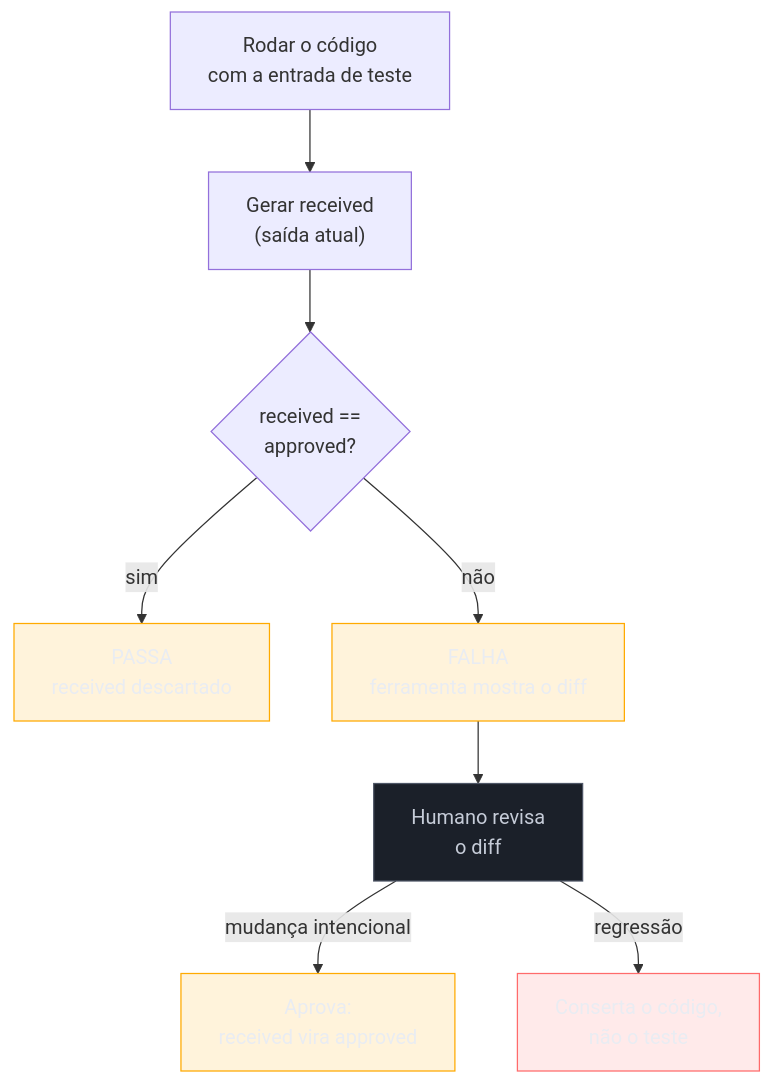
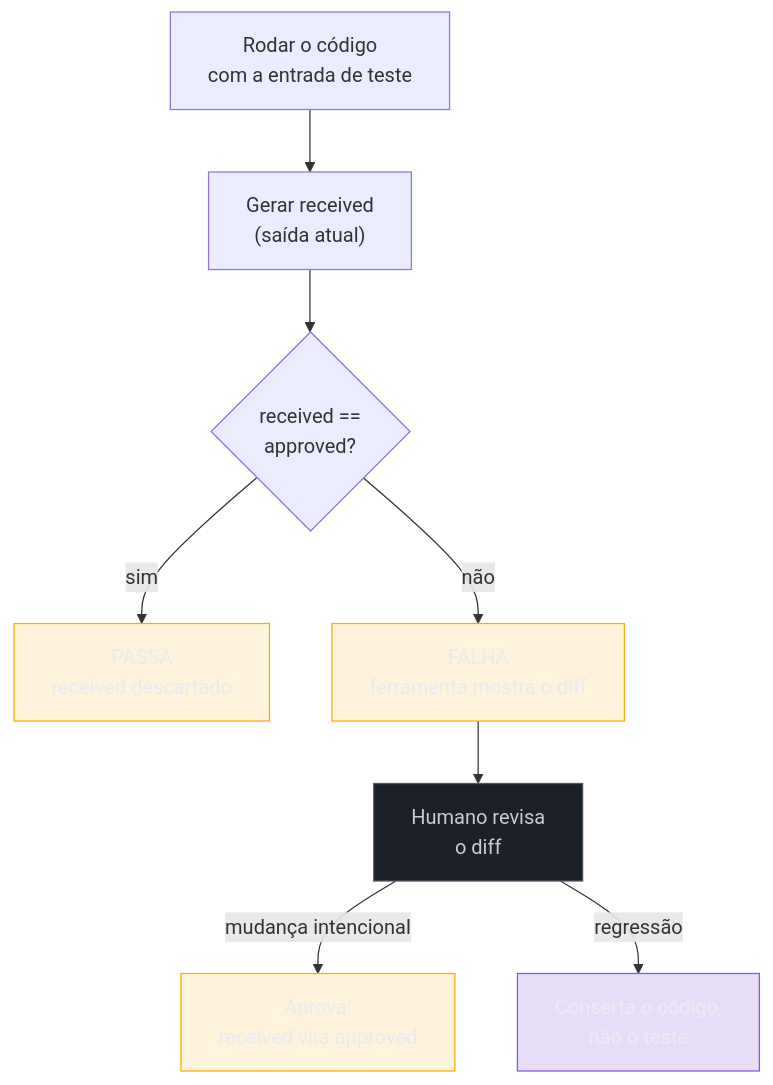
Before and after one commit to josenaldo/codex-technomanticus: the diagram in 03-Dominios/Engenharia/Arqueologia e Restauração de Software/11 - Approval e Golden Master testing.md, drawn with Mermaid. The commit also changed 601 other files, not shown here.

````diff
--- a/03-Dominios/Engenharia/Arqueologia e Restauração de Software/11 - Approval e Golden Master testing.md
+++ b/03-Dominios/Engenharia/Arqueologia e Restauração de Software/11 - Approval e Golden Master testing.md
@@ -51,18 +51,18 @@
 ```mermaid
 flowchart TD
+    classDef marca fill:#8855DF33,stroke:#8855DF,color:#E9ECF2
     classDef destaque fill:#FFAA0024,stroke:#FFAA00,color:#E9ECF2
-    classDef falha fill:#FF6B6B24,stroke:#FF6B6B,color:#E9ECF2
     classDef neutro fill:#1B2029,stroke:#4E5666,color:#C6CCD8
     A["Rodar o código<br/>com a entrada de teste"] --> B["Gerar received<br/>(saída atual)"]
     B --> C{"received ==<br/>approved?"}
     C -->|"sim"| P["PASSA<br/>received descartado"]
     C -->|"não"| D["FALHA<br/>ferramenta mostra o diff"]
     D --> H["Humano revisa<br/>o diff"]
     H -->|"mudança intencional"| AP["Aprova:<br/>received vira approved"]
     H -->|"regressão"| FIX["Conserta o código,<br/>não o teste"]
     class P destaque
     class D destaque
     class AP destaque
-    class FIX falha
+    class FIX marca
     class H neutro
 ```
````
